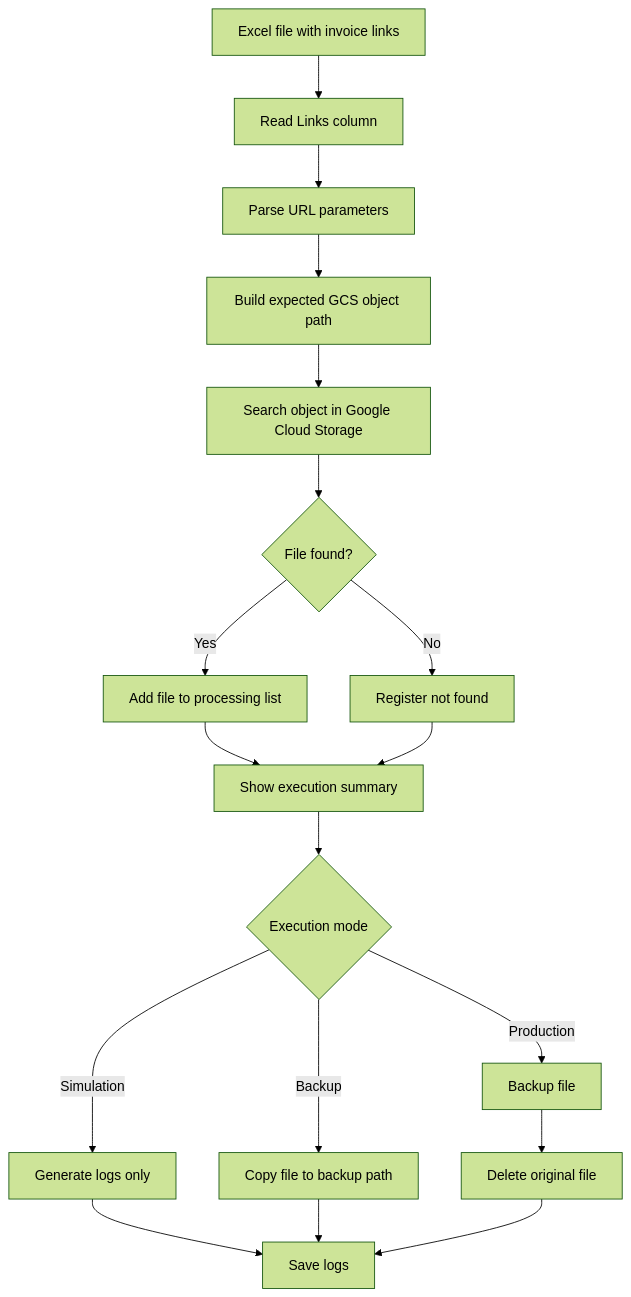
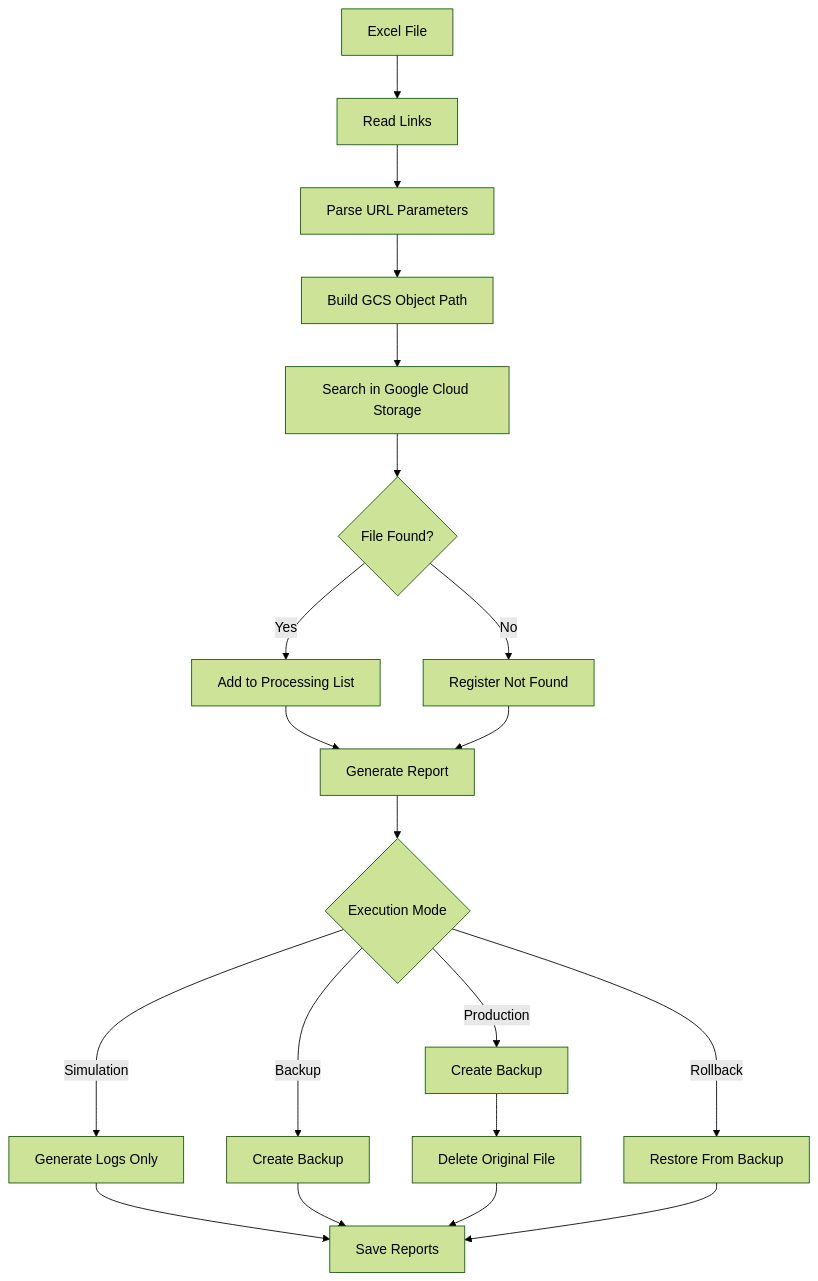
Before and after one commit to Raffilds/invoice-bucket-manager: the diagram in README.md, drawn with Mermaid (forest theme). The commit also changed other lines of this file, not shown here.

````diff
--- a/README.md
+++ b/README.md
@@ -190,25 +350,32 @@
 ```mermaid
 flowchart TD
-    A[Excel file with invoice links] --> B[Read Links column]
-    B --> C[Parse URL parameters]
-    C --> D[Build expected GCS object path]
-    D --> E[Search object in Google Cloud Storage]
-    E --> F{File found?}
 
-    F -->|Yes| G[Add file to processing list]
-    F -->|No| H[Register not found]
+A[Excel File] --> B[Read Links]
+B --> C[Parse URL Parameters]
+C --> D[Build GCS Object Path]
+D --> E[Search in Google Cloud Storage]
 
-    G --> I[Show execution summary]
-    H --> I
+E --> F{File Found?}
 
-    I --> J{Execution mode}
+F -->|Yes| G[Add to Processing List]
+F -->|No| H[Register Not Found]
 
-    J -->|Simulation| K[Generate logs only]
-    J -->|Backup| L[Copy file to backup path]
-    J -->|Production| M[Backup file]
-    M --> N[Delete original file]
+G --> I[Generate Report]
+H --> I
 
-    K --> O[Save logs]
-    L --> O
-    N --> O
+I --> J{Execution Mode}
+
+J -->|Simulation| K[Generate Logs Only]
+
+J -->|Backup| L[Create Backup]
+
+J -->|Production| M[Create Backup]
+M --> N[Delete Original File]
+
+J -->|Rollback| O[Restore From Backup]
+
+K --> P[Save Reports]
+L --> P
+N --> P
+O --> P
 ```
````
